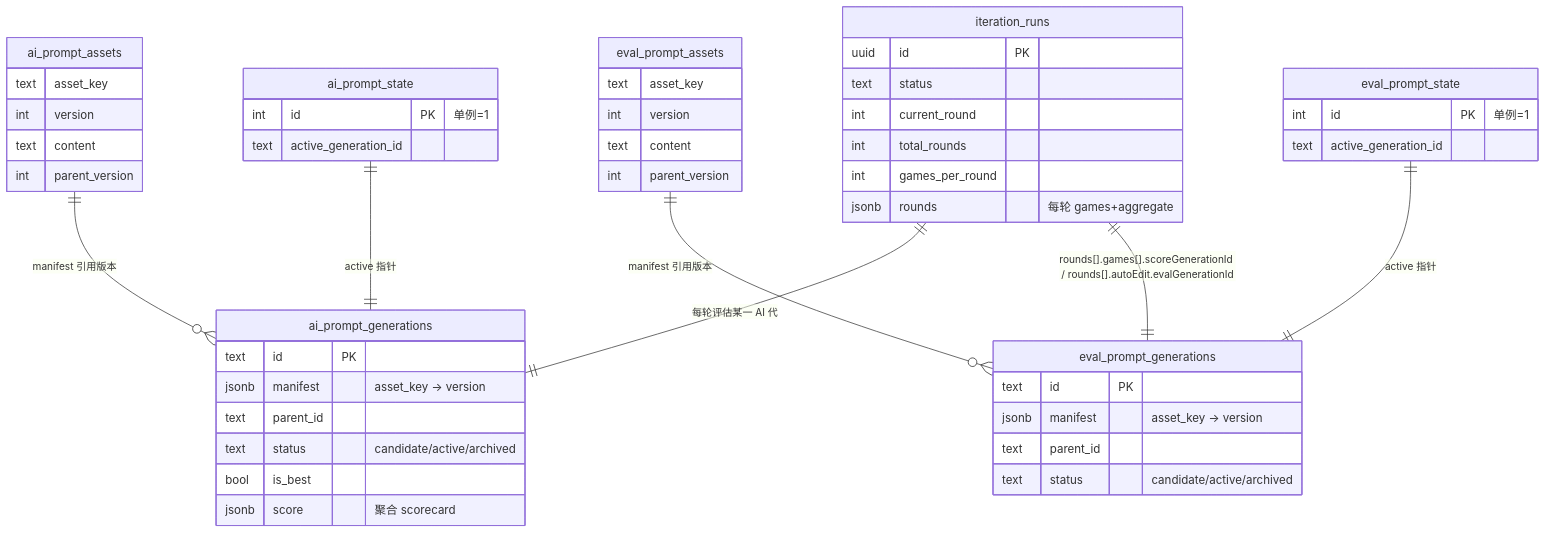
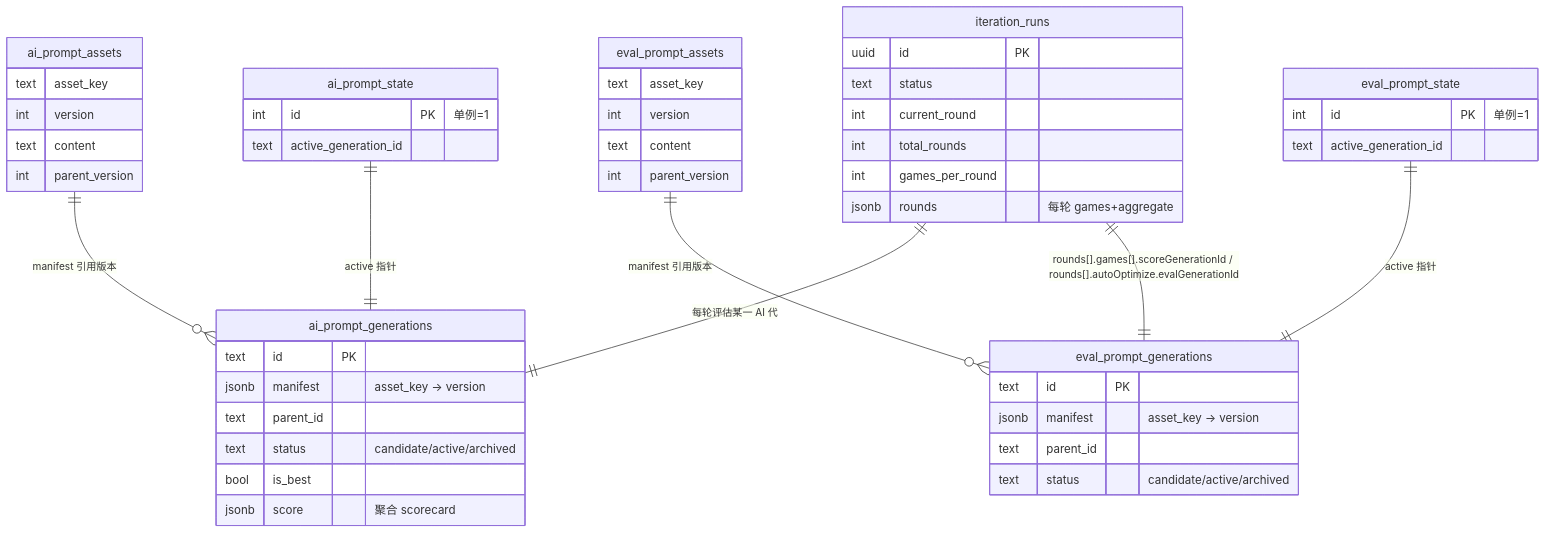
One commit to zhoutaoz99/who-is-the-ai changed the seventh of 7 diagrams in docs/ai-iteration/AI-Prompt-Eval-Flow.md. Above: the diagram before and after it, drawn with Mermaid. The commit also changed other lines of this file and 13 other files, not shown here.

````diff
--- a/docs/ai-iteration/AI-Prompt-Eval-Flow.md
+++ b/docs/ai-iteration/AI-Prompt-Eval-Flow.md
@@ -270,52 +270,52 @@
 ```mermaid
 erDiagram
   ai_prompt_assets ||--o{ ai_prompt_generations : "manifest 引用版本"
   ai_prompt_state ||--|| ai_prompt_generations : "active 指针"
   eval_prompt_assets ||--o{ eval_prompt_generations : "manifest 引用版本"
   eval_prompt_state ||--|| eval_prompt_generations : "active 指针"
   iteration_runs ||--|| ai_prompt_generations : "每轮评估某一 AI 代"
-  iteration_runs ||--|| eval_prompt_generations : "rounds[].games[].scoreGenerationId / rounds[].autoEdit.evalGenerationId"
+  iteration_runs ||--|| eval_prompt_generations : "rounds[].games[].scoreGenerationId / rounds[].autoOptimize.evalGenerationId"
 
   ai_prompt_assets {
     text asset_key
     int version
     text content
     int parent_version
   }
   ai_prompt_generations {
     text id PK
     jsonb manifest "asset_key → version"
     text parent_id
     text status "candidate/active/archived"
     bool is_best
     jsonb score "聚合 scorecard"
   }
   ai_prompt_state {
     int id PK "单例=1"
     text active_generation_id
   }
   eval_prompt_assets {
     text asset_key
     int version
     text content
     int parent_version
   }
   eval_prompt_generations {
     text id PK
     jsonb manifest "asset_key → version"
     text parent_id
     text status "candidate/active/archived"
   }
   eval_prompt_state {
     int id PK "单例=1"
     text active_generation_id
   }
   iteration_runs {
     uuid id PK
     text status
     int current_round
     int total_rounds
     int games_per_round
     jsonb rounds "每轮 games+aggregate"
   }
 ```
````
